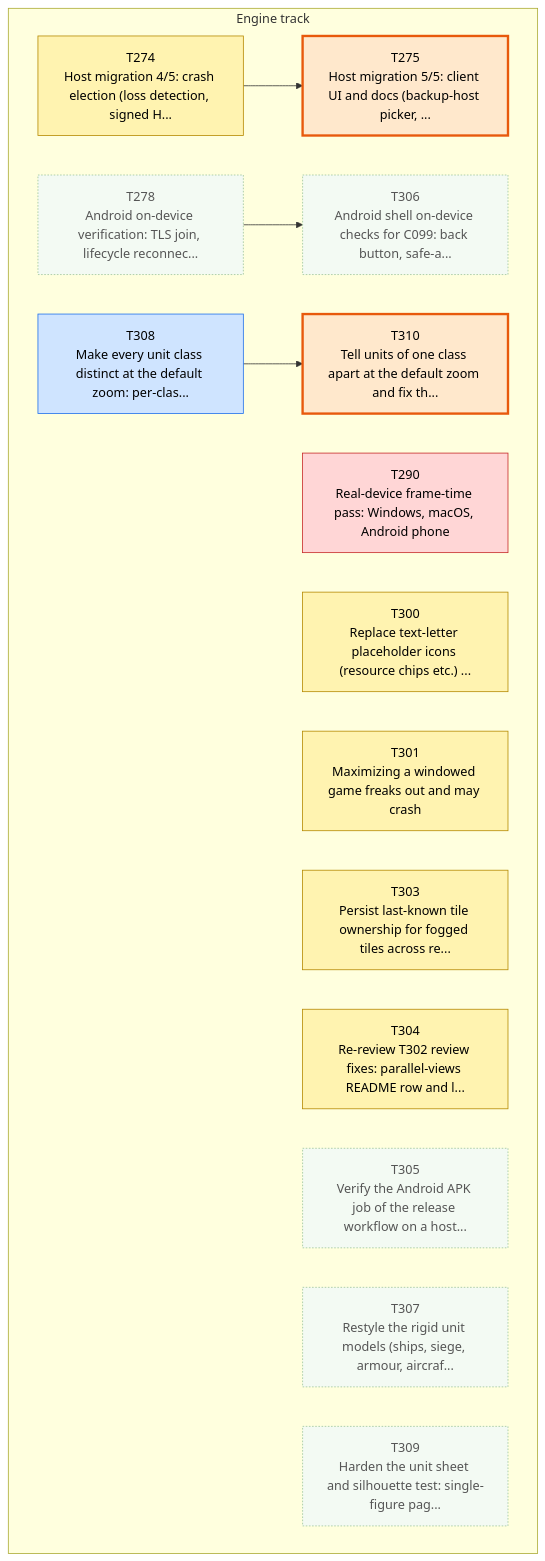
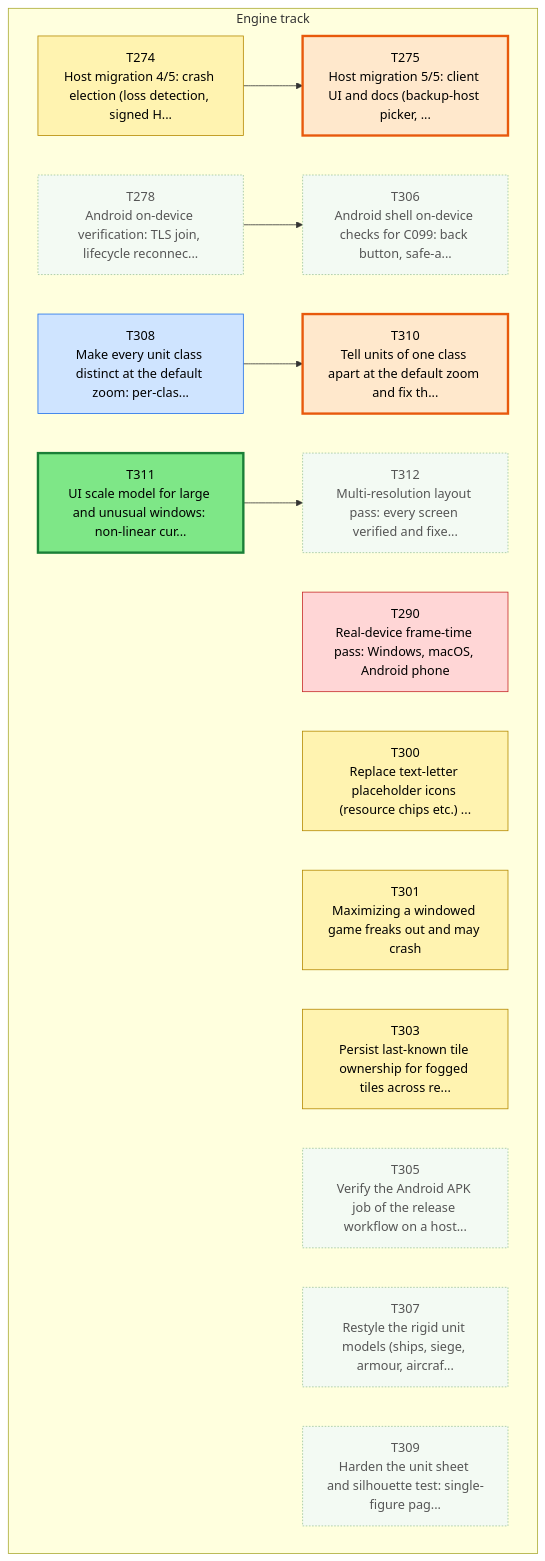
Before and after one commit to Kenmura/Unciv: the first of 3 diagrams in csharp/migration/DEPENDENCY_MAP.md, drawn with Mermaid. The commit also changed other lines of this file and 3 other files, not shown here.

First line of the commit message:
migration: file T311 (UI scale model) and T312 (multi-resolution layout pass) [Claude]

````diff
--- a/csharp/migration/DEPENDENCY_MAP.md
+++ b/csharp/migration/DEPENDENCY_MAP.md
@@ -35,43 +35,46 @@
 ```mermaid
 flowchart TD
   subgraph TTRACK["Engine track"]
     T274["T274<br/>Host migration 4/5: crash election (loss detection, signed H..."]
     T275["T275<br/>Host migration 5/5: client UI and docs (backup-host picker, ..."]
     T278["T278<br/>Android on-device verification: TLS join, lifecycle reconnec..."]
     T290["T290<br/>Real-device frame-time pass: Windows, macOS, Android phone"]
     T300["T300<br/>Replace text-letter placeholder icons (resource chips etc.) ..."]
     T301["T301<br/>Maximizing a windowed game freaks out and may crash"]
     T303["T303<br/>Persist last-known tile ownership for fogged tiles across re..."]
-    T304["T304<br/>Re-review T302 review fixes: parallel-views README row and l..."]
     T305["T305<br/>Verify the Android APK job of the release workflow on a host..."]
     T306["T306<br/>Android shell on-device checks for C099: back button, safe-a..."]
     T307["T307<br/>Restyle the rigid unit models (ships, siege, armour, aircraf..."]
     T308["T308<br/>Make every unit class distinct at the default zoom: per-clas..."]
     T309["T309<br/>Harden the unit sheet and silhouette test: single-figure pag..."]
     T310["T310<br/>Tell units of one class apart at the default zoom and fix th..."]
+    T311["T311<br/>UI scale model for large and unusual windows: non-linear cur..."]
+    T312["T312<br/>Multi-resolution layout pass: every screen verified and fixe..."]
   end
   T274 --> T275
   T278 --> T306
   T308 --> T310
+  T311 --> T312
   classDef waiting fill:#f3faf3,stroke:#9bc49b,color:#555,stroke-dasharray:2 2
   classDef ondeck fill:#ffe8cc,stroke:#e8590c,stroke-width:3px,color:#000
   classDef ready fill:#7ee787,stroke:#1a7f37,stroke-width:3px,color:#000
   classDef prog fill:#fff3b0,stroke:#b58900,color:#000
   classDef review fill:#cfe4ff,stroke:#1f6feb,color:#000
   classDef blocked fill:#ffd6d6,stroke:#c62828,color:#000
   classDef done fill:#eeeeee,stroke:#999999,color:#666,stroke-dasharray:4 3
   class T274 prog
   class T275 ondeck
   class T278 waiting
   class T290 blocked
   class T300 prog
   class T301 prog
   class T303 prog
-  class T304 prog
   class T305 waiting
   class T306 waiting
   class T307 waiting
   class T308 review
   class T309 waiting
   class T310 ondeck
+  class T311 ready
+  class T312 waiting
 ```
````
